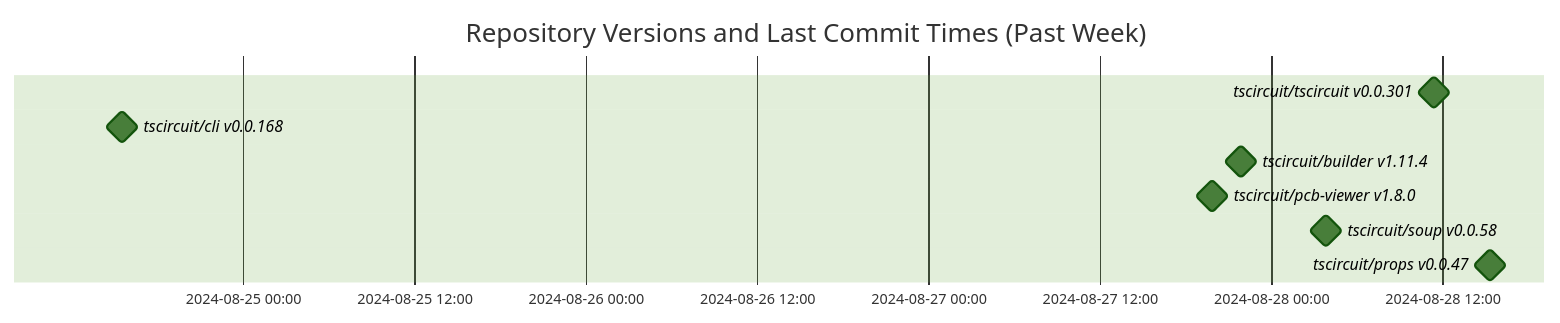
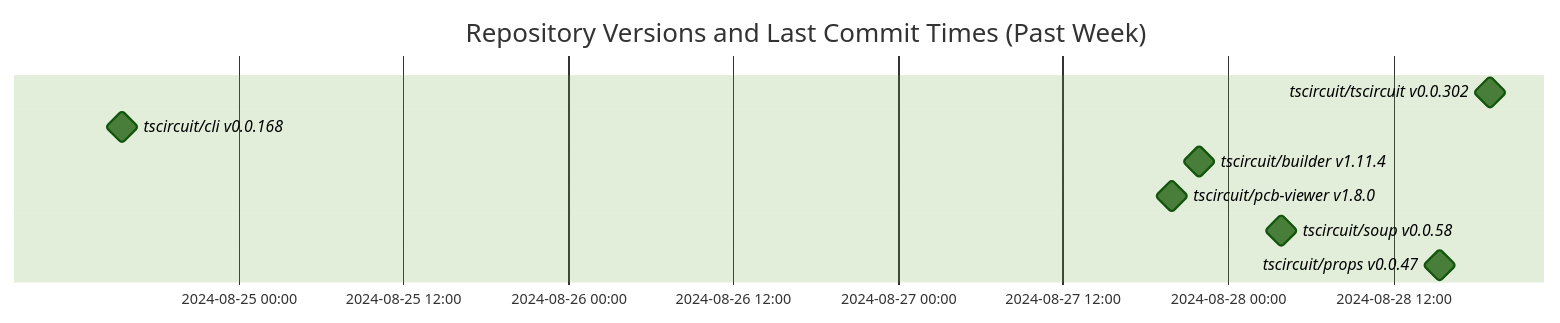
One commit to tscircuit/version-tracker changed the diagram in README.md. Above: the diagram before and after it, drawn with Mermaid (forest theme).

Commit message:
Update chart

````diff
--- a/README.md
+++ b/README.md
@@ -1,13 +1,13 @@
 ```mermaid
 gantt
   dateFormat  YYYY-MM-DD HH:mm:ss
   title Repository Versions and Last Commit Times (Past Week)
   axisFormat %Y-%m-%d %H:%M
 
-  tscircuit/tscircuit v0.0.301 : milestone, 2024-08-28 11:26:07, 1s
+  tscircuit/tscircuit v0.0.302 : milestone, 2024-08-28 19:03:51, 1s
   tscircuit/cli v0.0.168 : milestone, 2024-08-24 15:32:19, 1s
   tscircuit/builder v1.11.4 : milestone, 2024-08-27 21:56:45, 1s
   tscircuit/pcb-viewer v1.8.0 : milestone, 2024-08-27 19:53:15, 1s
   tscircuit/soup v0.0.58 : milestone, 2024-08-28 03:54:04, 1s
   tscircuit/props v0.0.47 : milestone, 2024-08-28 15:22:20, 1s
 ```
````
